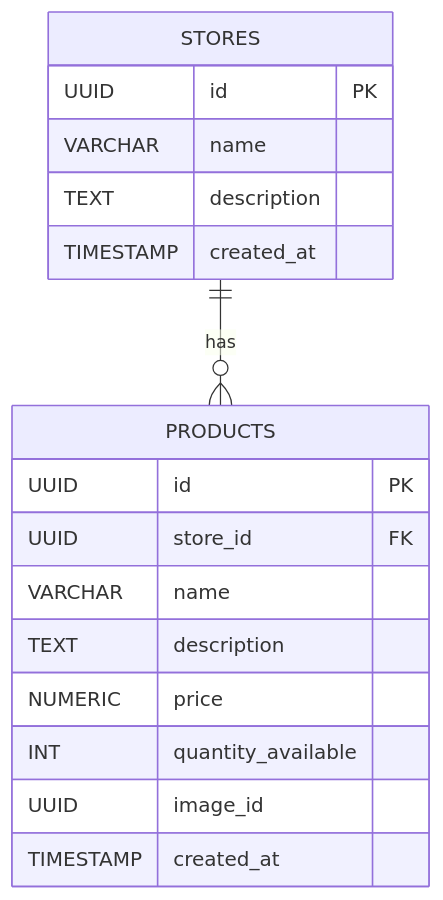
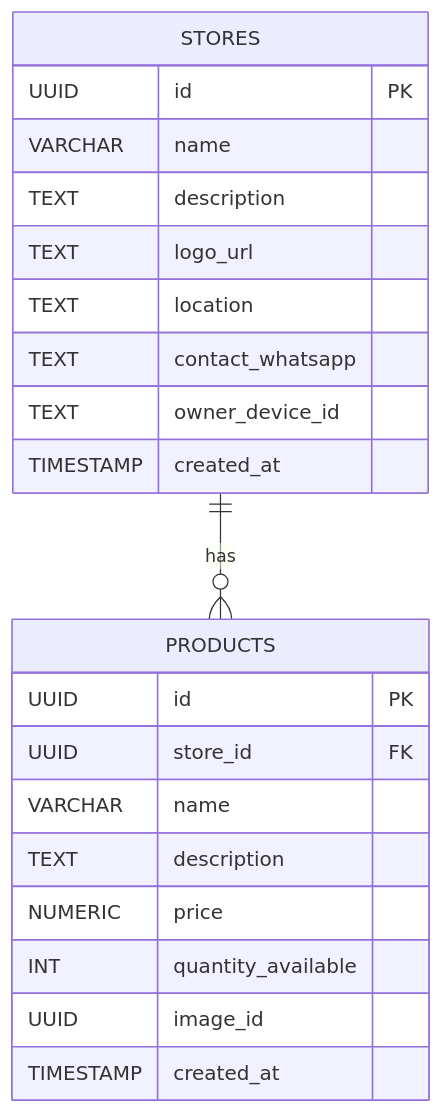
The eighth of 9 diagrams in docs/arc42.md (CM-market/transac), drawn with Mermaid before and after one commit. The commit also changed other lines of this file and 3 other files, not shown here.

````diff
--- a/docs/arc42.md
+++ b/docs/arc42.md
@@ -167,23 +243,27 @@
 ```mermaid
 erDiagram
     STORES {
         UUID id PK
         VARCHAR name
         TEXT description
+        TEXT logo_url
+        TEXT location
+        TEXT contact_whatsapp
+        TEXT owner_device_id
         TIMESTAMP created_at
     }
     PRODUCTS {
         UUID id PK
         UUID store_id FK
         VARCHAR name
         TEXT description
         NUMERIC price
         INT quantity_available
         UUID image_id
         TIMESTAMP created_at
     }
- 
+
 
     STORES ||--o{ PRODUCTS : "has"
 
 ```
````
